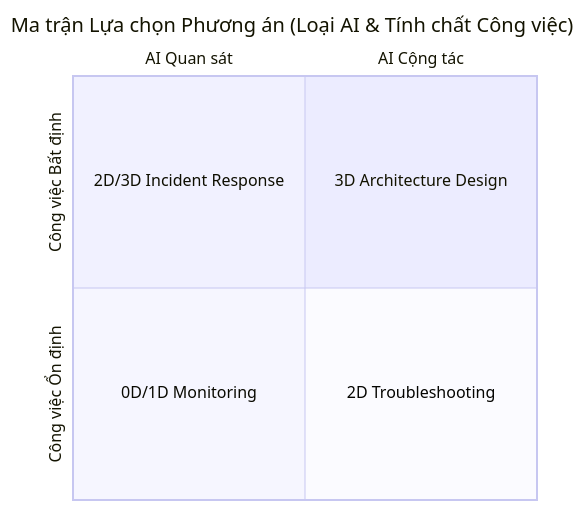
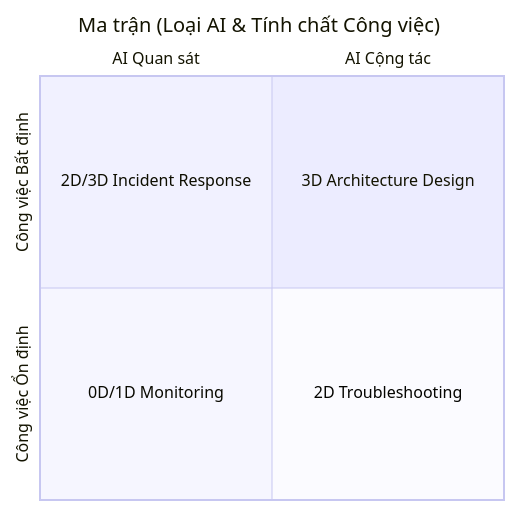
The diagram in ai/job-design.md (thanhgit/install-software), drawn with Mermaid before and after one commit.

Commit message:
Update title in job design matrix chart

````diff
--- a/ai/job-design.md
+++ b/ai/job-design.md
@@ -18,10 +18,10 @@
 ```mermaid
 quadrantChart
-    title Ma trận Lựa chọn Phương án (Loại AI & Tính chất Công việc)
+    title Ma trận (Loại AI & Tính chất Công việc)
     x-axis AI Quan sát ---> AI Cộng tác
     y-axis Công việc Ổn định ---> Công việc Bất định
     quadrant-1 3D Architecture Design
     quadrant-2 2D/3D Incident Response
     quadrant-3 0D/1D Monitoring
     quadrant-4 2D Troubleshooting
 ```
````
